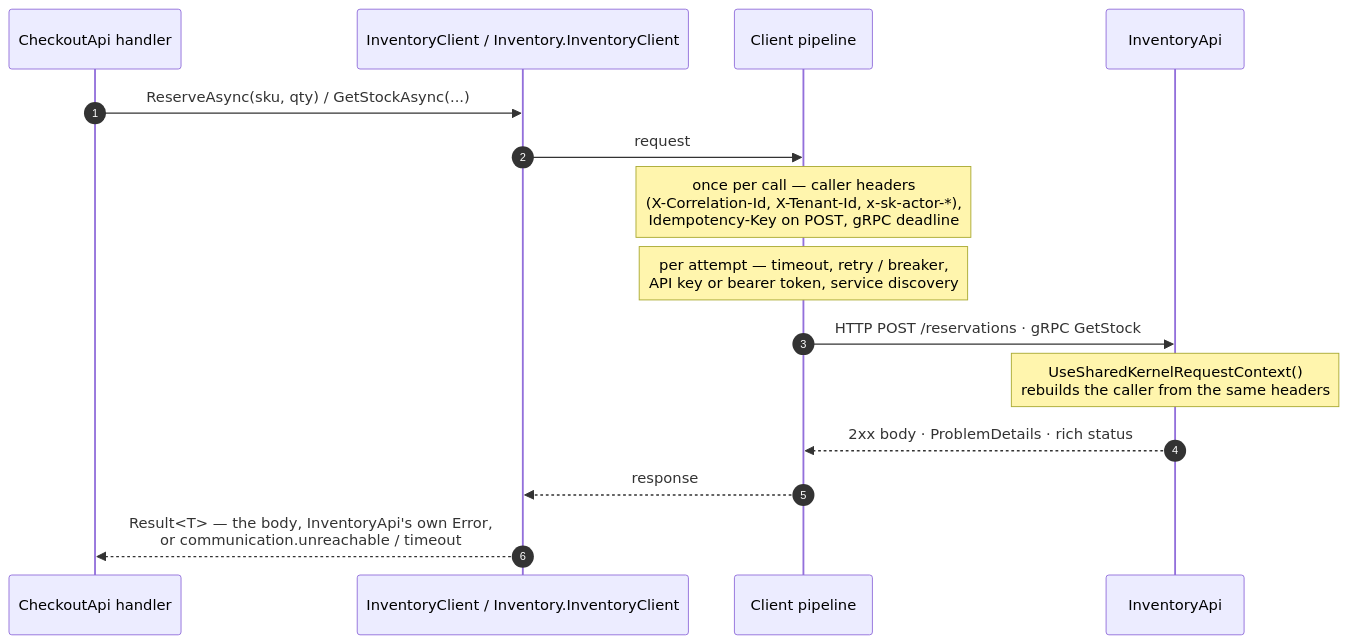
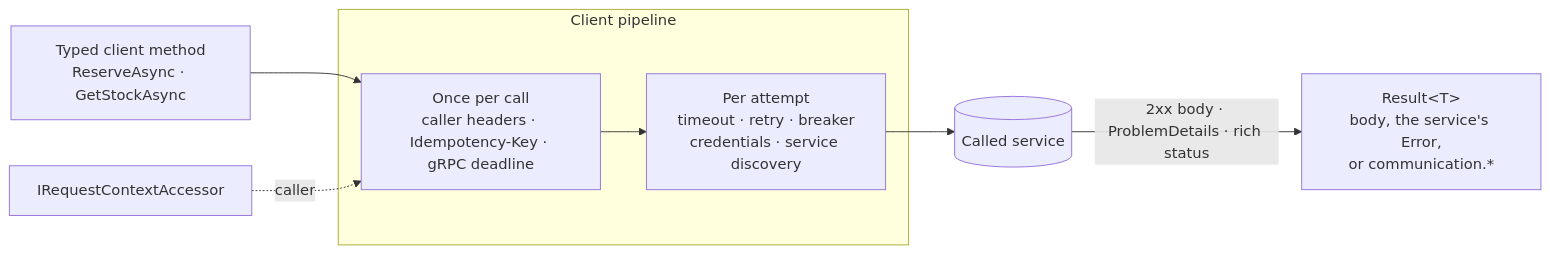
Before and after one commit to Gresta-Vertex-Labs/platform-shared-kernel: the diagram in src/Infrastructure/Communication/README.md, drawn with Mermaid. The commit also changed other lines of this file and 29 other files, not shown here.

````diff
--- a/src/Infrastructure/Communication/README.md
+++ b/src/Infrastructure/Communication/README.md
@@ -54,17 +55,13 @@
 ```mermaid
-sequenceDiagram
-    autonumber
-    participant H as CheckoutApi handler
-    participant C as InventoryClient / Inventory.InventoryClient
-    participant P as Client pipeline
-    participant I as InventoryApi
-    H->>C: ReserveAsync(sku, qty) / GetStockAsync(...)
-    C->>P: request
-    Note over P: once per call — caller headers<br/>(X-Correlation-Id, X-Tenant-Id, x-sk-actor-*),<br/>Idempotency-Key on POST, gRPC deadline
-    Note over P: per attempt — timeout, retry / breaker,<br/>API key or bearer token, service discovery
-    P->>I: HTTP POST /reservations · gRPC GetStock
-    Note over I: UseSharedKernelRequestContext()<br/>rebuilds the caller from the same headers
-    I-->>P: 2xx body · ProblemDetails · rich status
-    P-->>C: response
-    C-->>H: Result<T> — the body, InventoryApi's own Error,<br/>or communication.unreachable / timeout
+flowchart LR
+    H["Typed client method<br/>ReserveAsync · GetStockAsync"]
+    subgraph Pipe["Client pipeline"]
+        Once["Once per call<br/>caller headers · Idempotency-Key · gRPC deadline"]
+        Attempt["Per attempt<br/>timeout · retry · breaker<br/>credentials · service discovery"]
+    end
+    Ctx["IRequestContextAccessor"]
+    Svc[("Called service")]
+    H --> Once --> Attempt --> Svc
+    Ctx -. caller .-> Once
+    Svc -->|"2xx body · ProblemDetails · rich status"| R["Result&lt;T&gt;<br/>body, the service's Error,<br/>or communication.*"]
 ```
````
